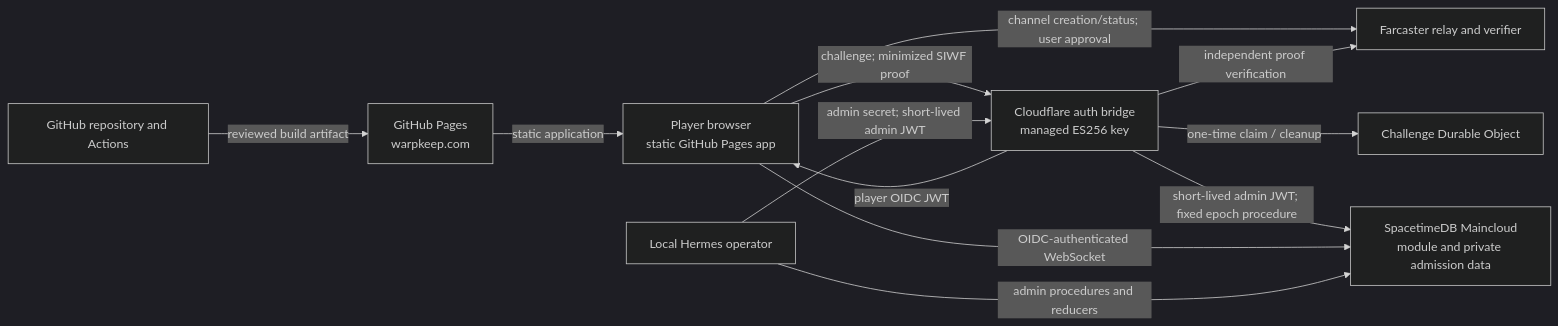
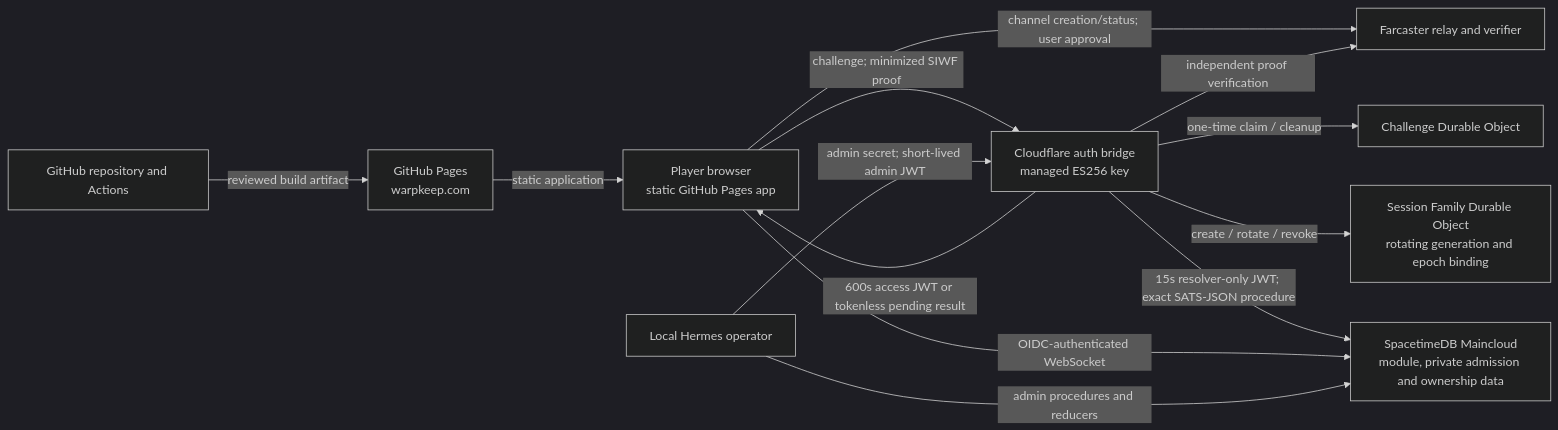
Before and after one commit to ael-dev3/Warpkeep: the diagram in docs/security/threat-model.md, drawn with Mermaid (dark theme). The commit also changed other lines of this file and 136 other files, not shown here.

````diff
--- a/docs/security/threat-model.md
+++ b/docs/security/threat-model.md
@@ -25,23 +59,25 @@
 ```mermaid
 flowchart LR
   Browser["Player browser\nstatic GitHub Pages app"]
   Farcaster["Farcaster relay and verifier"]
   Bridge["Cloudflare auth bridge\nmanaged ES256 key"]
   Guard["Challenge Durable Object"]
-  STDB["SpacetimeDB Maincloud\nmodule and private admission data"]
+  Family["Session Family Durable Object\nrotating generation and epoch binding"]
+  STDB["SpacetimeDB Maincloud\nmodule, private admission and ownership data"]
   Hermes["Local Hermes operator"]
   GitHub["GitHub repository and Actions"]
   Pages["GitHub Pages\nwarpkeep.com"]
 
   Browser -->|"channel creation/status; user approval"| Farcaster
   Browser -->|"challenge; minimized SIWF proof"| Bridge
   Bridge -->|"one-time claim / cleanup"| Guard
+  Bridge -->|"create / rotate / revoke"| Family
   Bridge -->|"independent proof verification"| Farcaster
-  Bridge -->|"short-lived admin JWT; fixed epoch procedure"| STDB
-  Bridge -->|"player OIDC JWT"| Browser
+  Bridge -->|"15s resolver-only JWT; exact SATS-JSON procedure"| STDB
+  Bridge -->|"600s access JWT or tokenless pending result"| Browser
   Browser -->|"OIDC-authenticated WebSocket"| STDB
   Hermes -->|"admin secret; short-lived admin JWT"| Bridge
   Hermes -->|"admin procedures and reducers"| STDB
   GitHub -->|"reviewed build artifact"| Pages
   Pages -->|"static application"| Browser
 ```
````
